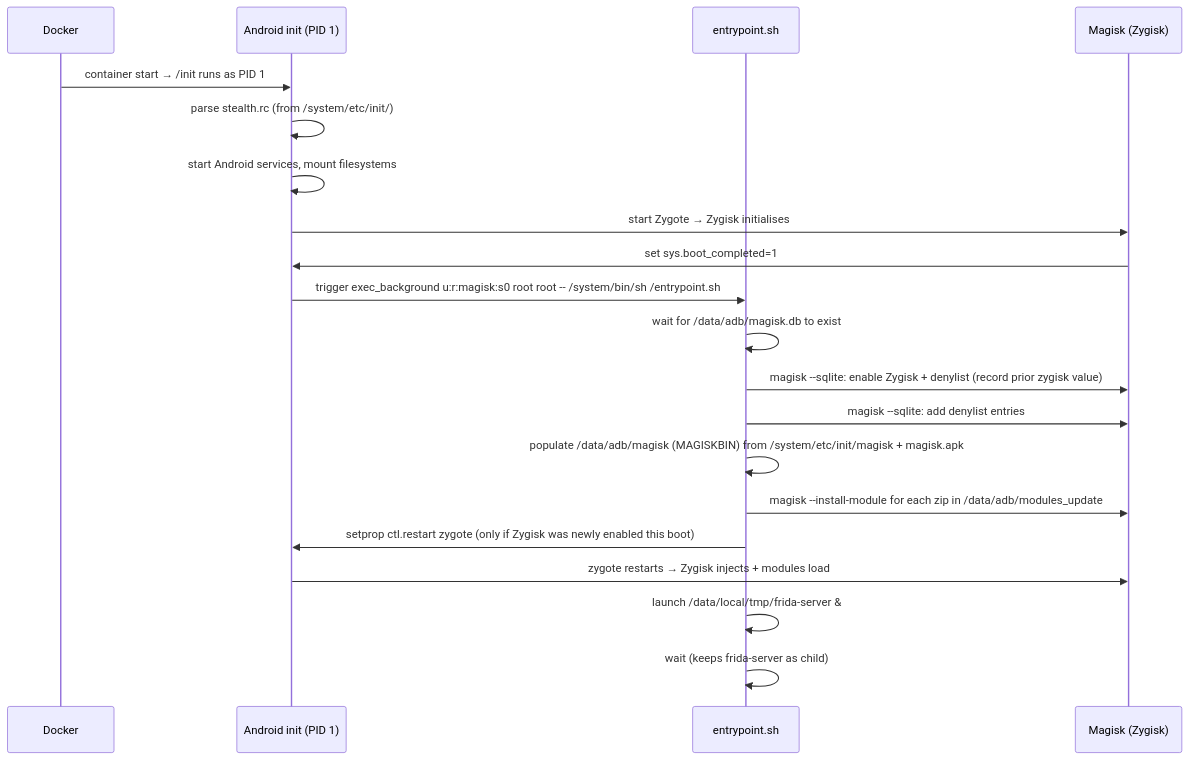
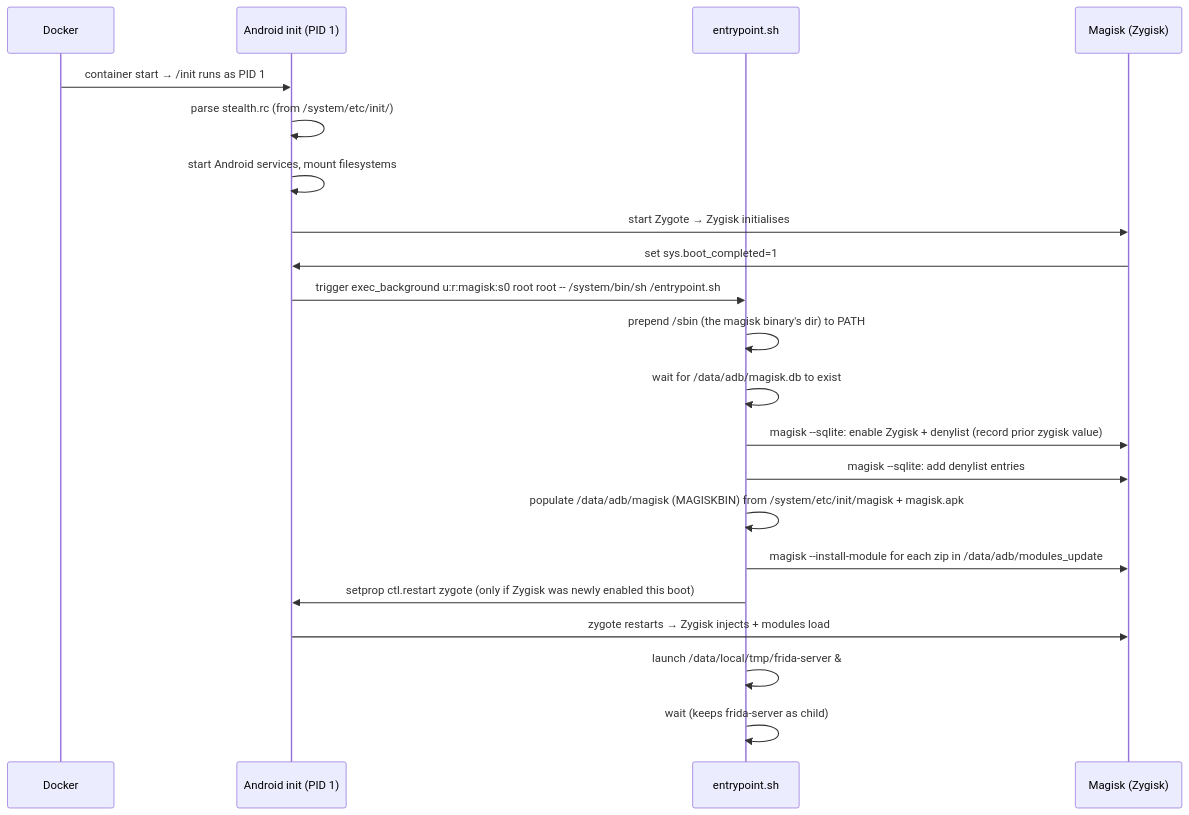
One commit to Xiddoc/Beetroot changed the diagram in docs/how-it-works/boot-flow.md. Above: the diagram before and after it, drawn with Mermaid. The commit also changed other lines of this file and 10 other files, not shown here.

````diff
--- a/docs/how-it-works/boot-flow.md
+++ b/docs/how-it-works/boot-flow.md
@@ -61,23 +61,24 @@
 ```mermaid
 sequenceDiagram
     participant D as Docker
     participant I as Android init (PID 1)
     participant E as entrypoint.sh
     participant M as Magisk (Zygisk)
 
     D->>I: container start → /init runs as PID 1
     I->>I: parse stealth.rc (from /system/etc/init/)
     I->>I: start Android services, mount filesystems
     I->>M: start Zygote → Zygisk initialises
     M->>I: set sys.boot_completed=1
     I->>E: trigger exec_background u:r:magisk:s0 root root -- /system/bin/sh /entrypoint.sh
+    E->>E: prepend /sbin (the magisk binary's dir) to PATH
     E->>E: wait for /data/adb/magisk.db to exist
     E->>M: magisk --sqlite: enable Zygisk + denylist (record prior zygisk value)
     E->>M: magisk --sqlite: add denylist entries
     E->>E: populate /data/adb/magisk (MAGISKBIN) from /system/etc/init/magisk + magisk.apk
     E->>M: magisk --install-module for each zip in /data/adb/modules_update
     E->>I: setprop ctl.restart zygote (only if Zygisk was newly enabled this boot)
     I->>M: zygote restarts → Zygisk injects + modules load
     E->>E: launch /data/local/tmp/frida-server &
     E->>E: wait (keeps frida-server as child)
 ```
````
